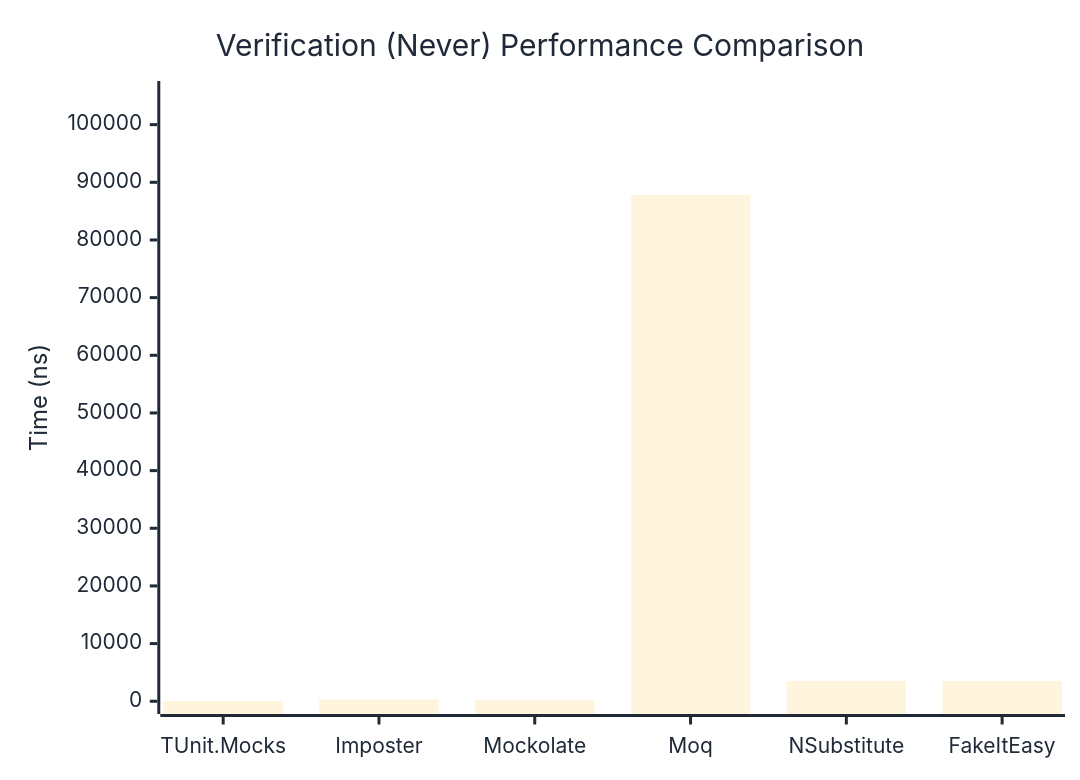
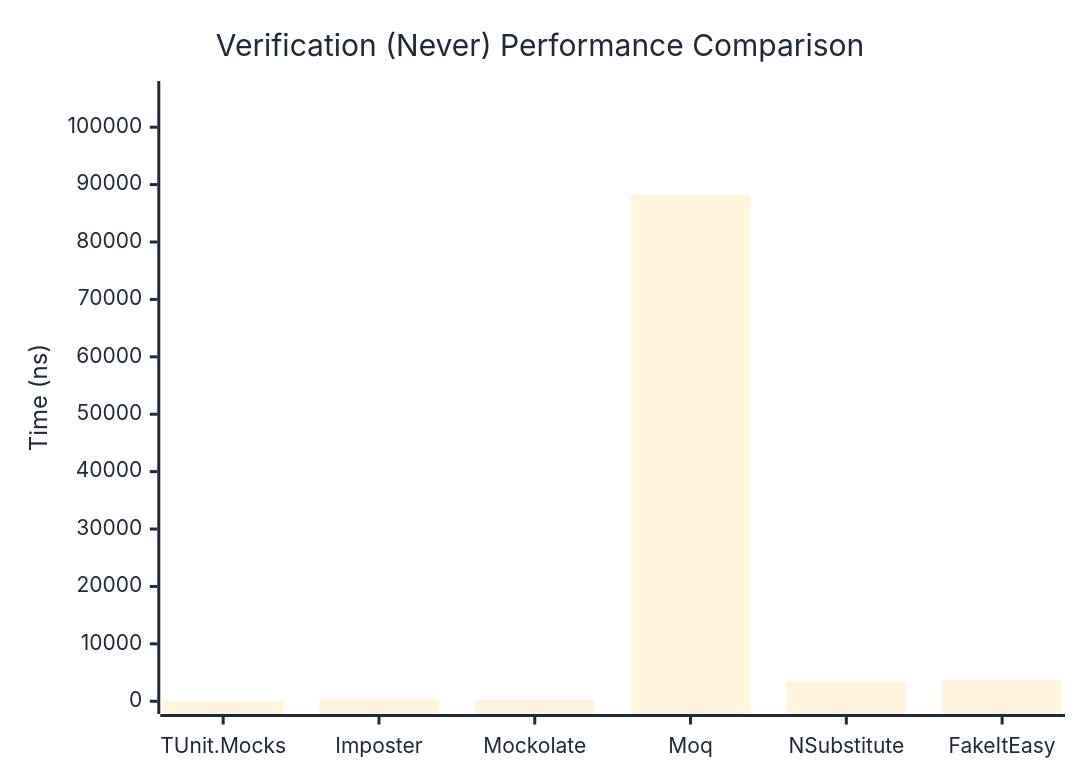
The second of 3 diagrams in docs/docs/benchmarks/mocks/Verification.md (thomhurst/TUnit), drawn with Mermaid before and after one commit. The commit also changed other lines of this file and 14 other files, not shown here.

````diff
--- a/docs/docs/benchmarks/mocks/Verification.md
+++ b/docs/docs/benchmarks/mocks/Verification.md
@@ -71,27 +71,27 @@
 ```mermaid
 %%{init: {
   'theme':'base',
   'themeVariables': {
     'primaryColor': '#2563eb',
     'primaryTextColor': '#1f2937',
     'primaryBorderColor': '#1e40af',
     'lineColor': '#6b7280',
     'secondaryColor': '#7c3aed',
     'tertiaryColor': '#dc2626',
     'background': '#ffffff',
     'pie1': '#2563eb',
     'pie2': '#7c3aed',
     'pie3': '#dc2626',
     'pie4': '#f59e0b',
     'pie5': '#10b981',
     'pie6': '#06b6d4',
     'pie7': '#ec4899',
     'pie8': '#6366f1'
   }
 }}%%
 xychart-beta
   title "Verification (Never) Performance Comparison"
   x-axis ["TUnit.Mocks", "Imposter", "Mockolate", "Moq", "NSubstitute", "FakeItEasy"]
-  y-axis "Time (ns)" 0 --> 105359
-  bar [51.36, 317.85, 227.77, 87798.66, 3531.71, 3505.37]
+  y-axis "Time (ns)" 0 --> 105828
+  bar [52.05, 322.7, 232.6, 88189.86, 3468.49, 3714.65]
 ```
````
